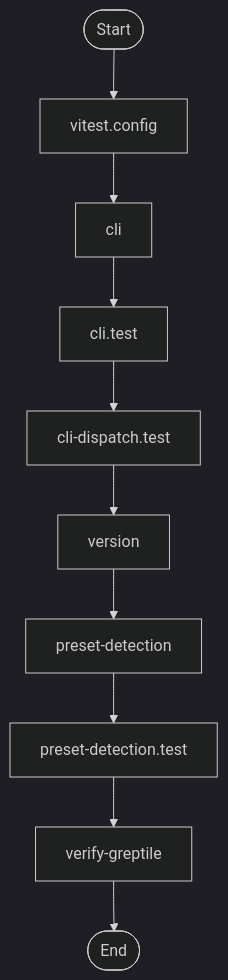
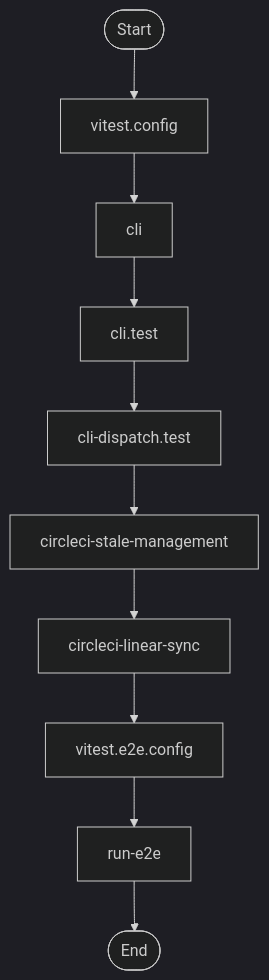
One commit to jscraik/coding-harness changed the seventh of 10 diagrams in AI/context/diagram-context.md. Above: the diagram before and after it, drawn with Mermaid (dark theme). The commit also changed other lines of this file and 9 other files, not shown here.

Commit message:
chore(diagrams): auto-refresh architecture diagrams

````diff
--- a/AI/context/diagram-context.md
+++ b/AI/context/diagram-context.md
@@ -803,23 +567,22 @@
 ```mermaid
 flowchart TD
   Start(["Start"])
   vitest_config_a9f1245e["vitest.config"]
   Start --> vitest_config_a9f1245e
   cli_99bb8840["cli"]
   vitest_config_a9f1245e --> cli_99bb8840
   cli_test_4851f28b["cli.test"]
   cli_99bb8840 --> cli_test_4851f28b
   cli_dispatch_test_54c9f17b["cli-dispatch.test"]
   cli_test_4851f28b --> cli_dispatch_test_54c9f17b
-  version_5ca4f385["version"]
-  cli_dispatch_test_54c9f17b --> version_5ca4f385
-  preset_detection_b0f00a17["preset-detection"]
-  version_5ca4f385 --> preset_detection_b0f00a17
-  preset_detection_test_13b58525["preset-detection.test"]
-  preset_detection_b0f00a17 --> preset_detection_test_13b58525
-  verify_greptile_227190f7["verify-greptile"]
-  preset_detection_test_13b58525 --> verify_greptile_227190f7
+  circleci_stale_management_664de1d9["circleci-stale-management"]
+  cli_dispatch_test_54c9f17b --> circleci_stale_management_664de1d9
+  circleci_linear_sync_19c0d6da["circleci-linear-sync"]
+  circleci_stale_management_664de1d9 --> circleci_linear_sync_19c0d6da
+  vitest_e2e_config_4e2a61bc["vitest.e2e.config"]
+  circleci_linear_sync_19c0d6da --> vitest_e2e_config_4e2a61bc
+  run_e2e_39efe696["run-e2e"]
+  vitest_e2e_config_4e2a61bc --> run_e2e_39efe696
   End(["End"])
-  verify_greptile_227190f7 --> End
-
+  run_e2e_39efe696 --> End
 ```
````
